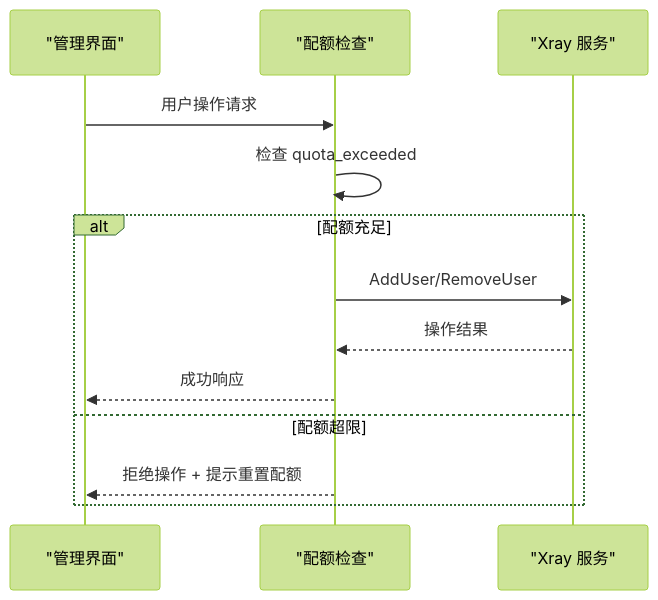
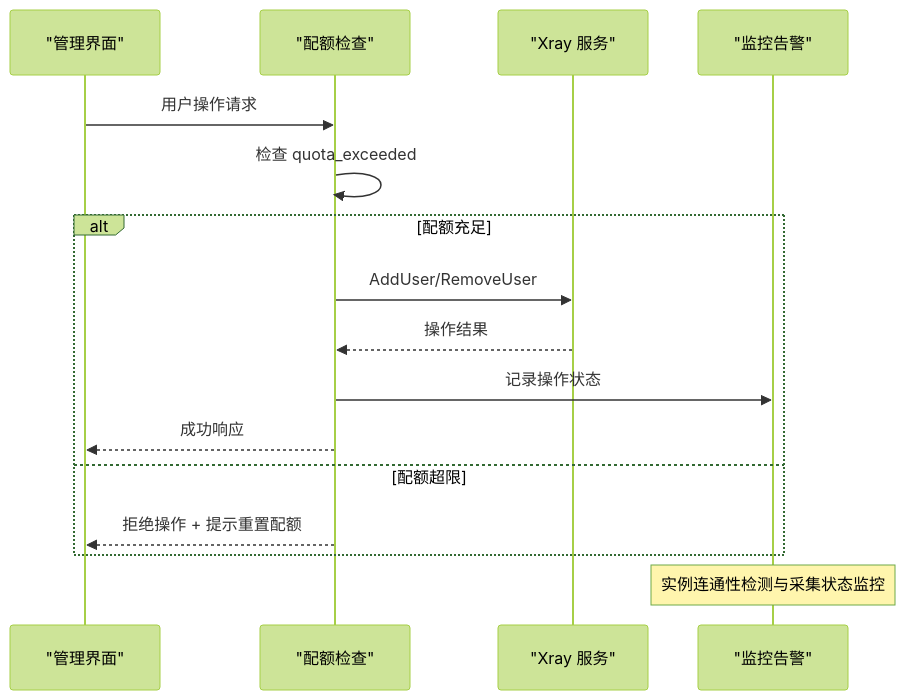
The ninth of 10 diagrams in .qoder/repowiki/zh/content/部署与运维/部署与运维.md (AlcaProphet/VPN-Subscription-Management), drawn with Mermaid (forest theme) before and after one commit. The commit also changed other lines of this file and 6 other files, not shown here.

````diff
--- a/.qoder/repowiki/zh/content/部署与运维/部署与运维.md
+++ b/.qoder/repowiki/zh/content/部署与运维/部署与运维.md
@@ -316,15 +321,18 @@
 ```mermaid
 sequenceDiagram
 participant UI as "管理界面"
 participant Q as "配额检查"
 participant X as "Xray 服务"
+participant M as "监控告警"
 UI->>Q : 用户操作请求
 Q->>Q : 检查 quota_exceeded
 alt 配额充足
 Q->>X : AddUser/RemoveUser
 X-->>Q : 操作结果
+Q->>M : 记录操作状态
 Q-->>UI : 成功响应
 else 配额超限
 Q-->>UI : 拒绝操作 + 提示重置配额
 end
+Note over M : 实例连通性检测与采集状态监控
 ```
````
